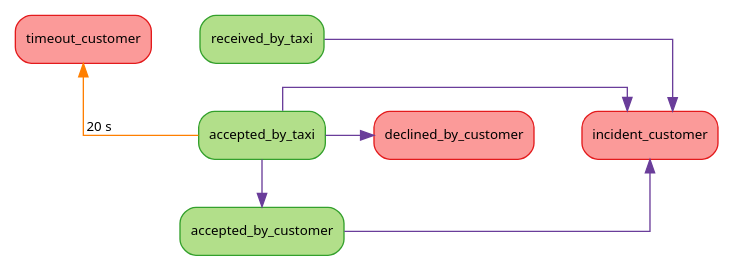
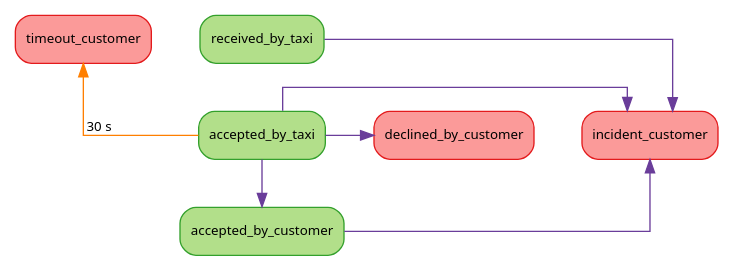
The diagram in public/images/doc/trip-status-search.gv (openmaraude/console), drawn with Graphviz before and after one commit. The commit also changed 1 other file, not shown here.

Commit message:
doc: update trip graph to follow the code

```diff
--- a/public/images/doc/trip-status-search.gv
+++ b/public/images/doc/trip-status-search.gv
@@ -1,31 +1,31 @@
 digraph {
     rankdir=TB;
     splines=ortho;
     nodesep=0.5;
     node [shape=box,fontname=sans,fontsize=10,colorscheme=paired10];
     edge [fontname=sans,fontsize=10,colorscheme=paired10];
     node [color=4,style="rounded,filled",fillcolor=3];
     received_by_taxi;
     accepted_by_taxi;
     accepted_by_customer;
     node [color=6,fillcolor=5];
     incident_customer;
     declined_by_customer;
     timeout_customer;
 
     edge [color=4]; // operator updates
     received_by_taxi -> accepted_by_taxi [weight=8,style=invis];
 
     edge [color=8]; // timeouts
-    accepted_by_taxi -> timeout_customer [xlabel="20 s"];
+    accepted_by_taxi -> timeout_customer [xlabel="30 s"];
 
     edge [color=10]; // search engine updates
     accepted_by_taxi -> accepted_by_customer [weight=8];
     received_by_taxi -> incident_customer;
     accepted_by_taxi -> incident_customer;
     accepted_by_taxi -> declined_by_customer;
     accepted_by_customer -> incident_customer;
 
     { rank = same; received_by_taxi; timeout_customer; }
     { rank = same; accepted_by_taxi; incident_customer; declined_by_customer; }
 }
```
